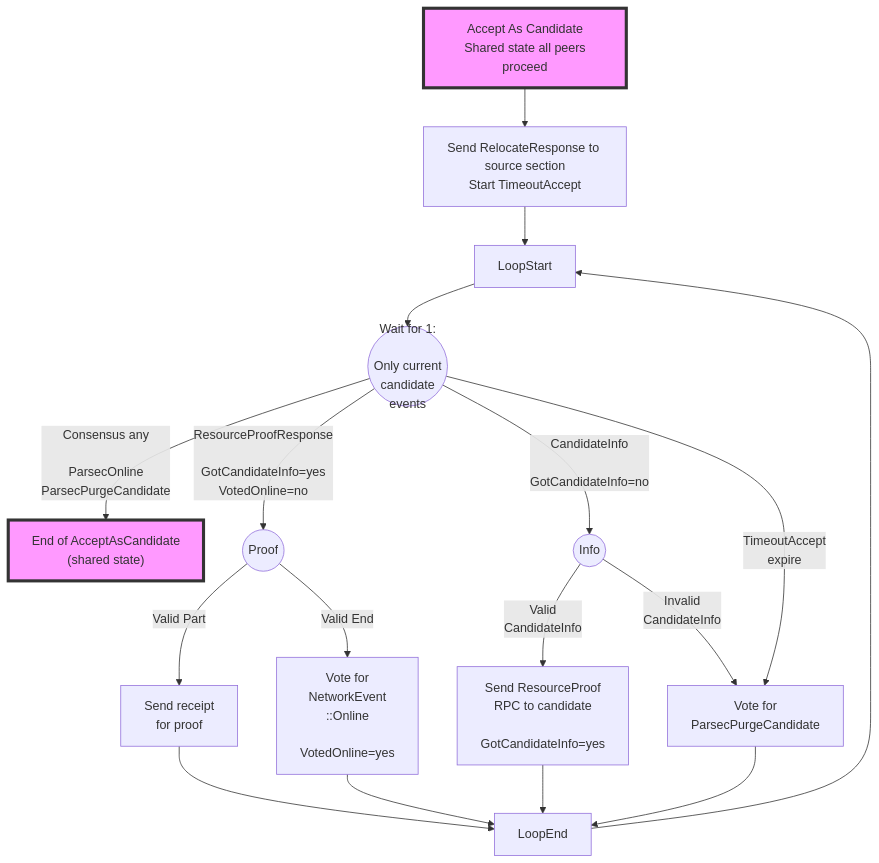
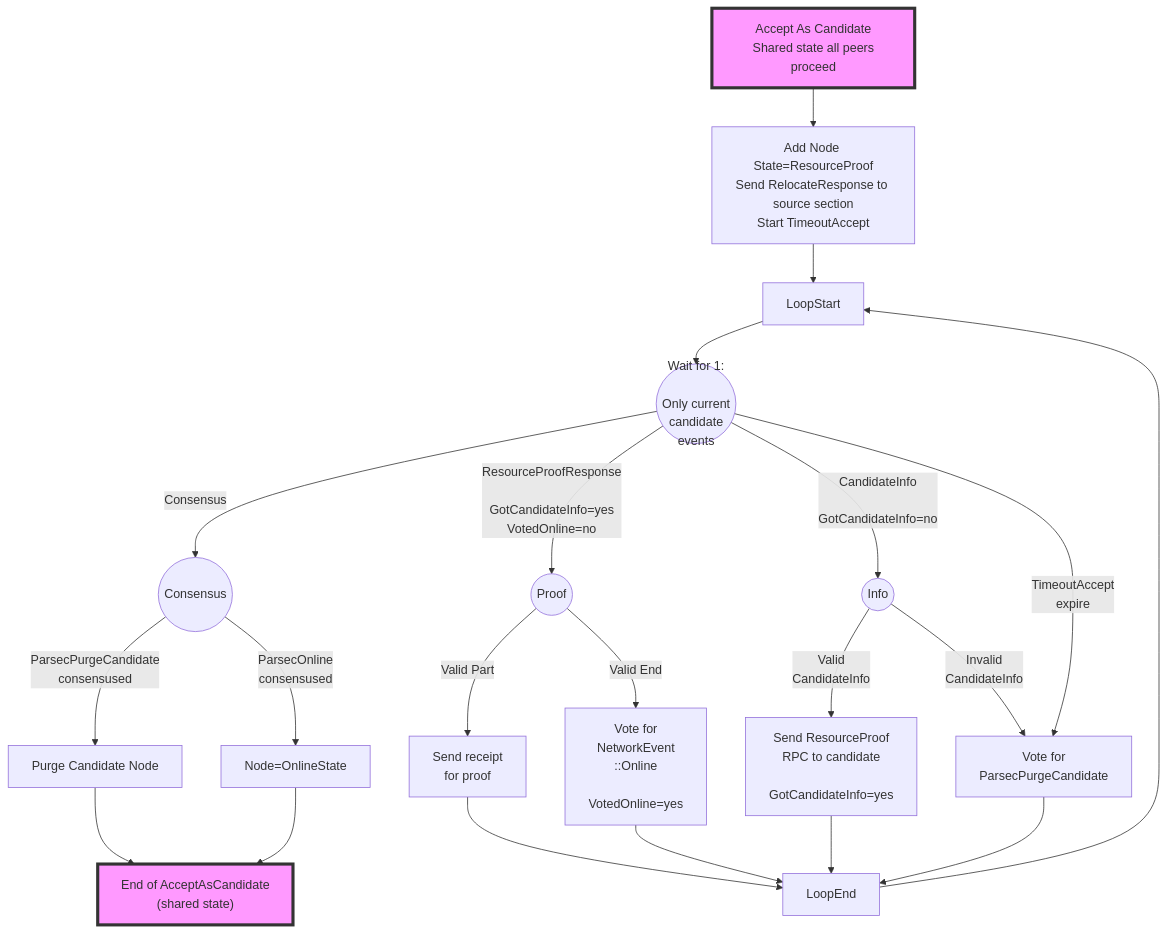
Before and after one commit to maidsafe/routing_model: the second of 5 diagrams in routing_model/flow.md, drawn with Mermaid. The commit also changed other lines of this file and 2 other files, not shown here.

Commit message:
Merge check elder flow add states, make symetrical, add html view.

````diff
--- a/routing_model/flow.md
+++ b/routing_model/flow.md
@@ -96,39 +96,46 @@
 ```mermaid
 graph TB
     AcceptAsCandidate["Accept As Candidate<br/> Shared state all peers proceed"]
     EndRoutine["End of AcceptAsCandidate<br/>(shared state)"]
     style AcceptAsCandidate fill:#f9f,stroke:#333,stroke-width:4px
     style EndRoutine fill:#f9f,stroke:#333,stroke-width:4px
 
     AcceptAsCandidate --> SendRelocateResponse
 
-    SendRelocateResponse["Send RelocateResponse to source section<br/>Start TimeoutAccept"]
+    SendRelocateResponse["Add Node State=ResourceProof<br/>Send RelocateResponse to source section<br/>Start TimeoutAccept"]
     WaitFor(("Wait for 1:<br/><br/>Only current<br/>candidate<br/>events"))
     VoteParsecPurgeCandidate[Vote for<br/>ParsecPurgeCandidate]
     VoteParsecOnline["Vote for<br/>NetworkEvent<br/>::Online<br/><br/>VotedOnline=yes"]
     RequestRP["Send ResourceProof<br/>RPC to candidate<br/><br/>GotCandidateInfo=yes"]
     SendProofReceit["Send receipt<br/>for proof"]
 
     SendRelocateResponse --> LoopStart
     LoopStart-->WaitFor
 
 
-    WaitFor -- Consensus any<br/><br/>ParsecOnline<br/>ParsecPurgeCandidate--> EndRoutine
+    WaitFor -- Consensus--> Consensus
+    Consensus((Consensus))
+    Consensus -- ParsecPurgeCandidate<br/>consensused --> RemoveNode
+    Consensus -- ParsecOnline<br/>consensused --> MakeOnline
+    MakeOnline["Node=OnlineState"]
+    RemoveNode["Purge Candidate Node"]
+    RemoveNode --> EndRoutine
+    MakeOnline --> EndRoutine
 
     WaitFor -- ResourceProofResponse<br/><br/>GotCandidateInfo=yes<br/>VotedOnline=no --> ProofResponse((Proof))
     ProofResponse -- Valid Part --> SendProofReceit
     ProofResponse -- Valid End --> VoteParsecOnline
 
     WaitFor -- CandidateInfo<br/><br/>GotCandidateInfo=no --> Info((Info))
     Info -- Valid<br/>CandidateInfo --> RequestRP
     Info -- Invalid<br/>CandidateInfo --> VoteParsecPurgeCandidate
     WaitFor -- TimeoutAccept<br/>expire --> VoteParsecPurgeCandidate
 
     RequestRP --> LoopEnd
     SendProofReceit-->LoopEnd
     VoteParsecOnline --> LoopEnd
     VoteParsecPurgeCandidate --> LoopEnd
     LoopEnd --> LoopStart
 
 
 ```
````
